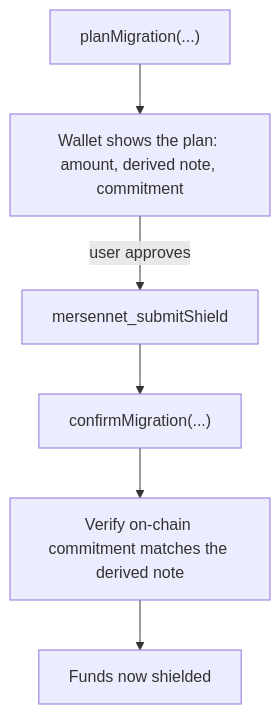
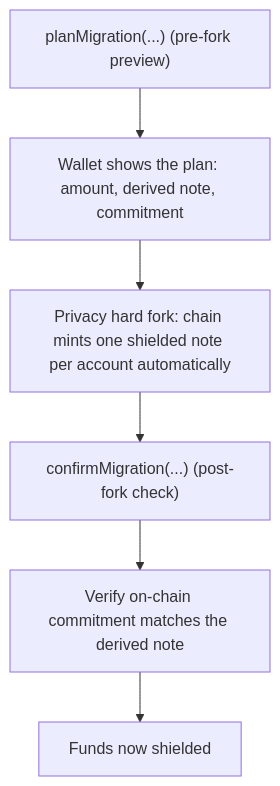
One commit to mersennet/docs changed the diagram in src/content/docs/privacy/migration.md. Above: the diagram before and after it, drawn with Mermaid. The commit also changed other lines of this file and 40 other files, not shown here.

````diff
--- a/src/content/docs/privacy/migration.md
+++ b/src/content/docs/privacy/migration.md
@@ -10,8 +16,8 @@
 ```mermaid
 flowchart TD
-  Plan["planMigration(...)"] --> Review["Wallet shows the plan: amount, derived note, commitment"]
-  Review -->|"user approves"| Shield["mersennet_submitShield"]
-  Shield --> Confirm["confirmMigration(...)"]
+  Plan["planMigration(...) (pre-fork preview)"] --> Review["Wallet shows the plan: amount, derived note, commitment"]
+  Review --> Fork["Privacy hard fork: chain mints one shielded note per account automatically"]
+  Fork --> Confirm["confirmMigration(...) (post-fork check)"]
   Confirm --> Verify["Verify on-chain commitment matches the derived note"]
   Verify --> Done["Funds now shielded"]
 ```
````
